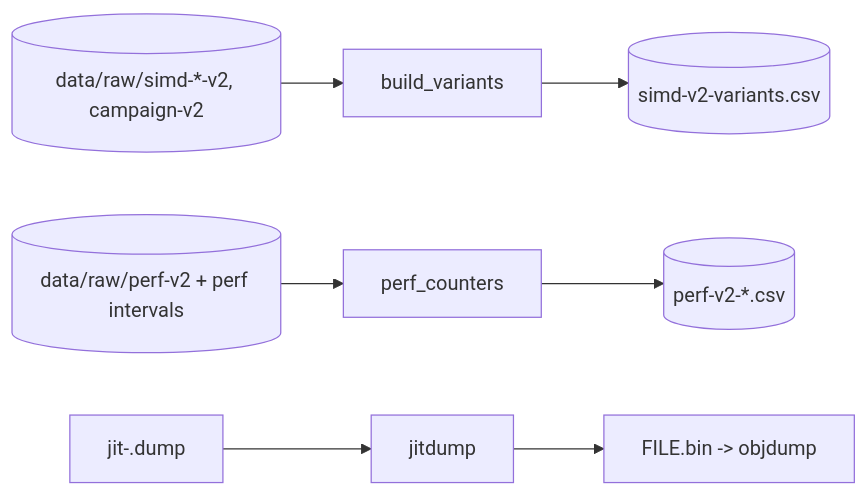
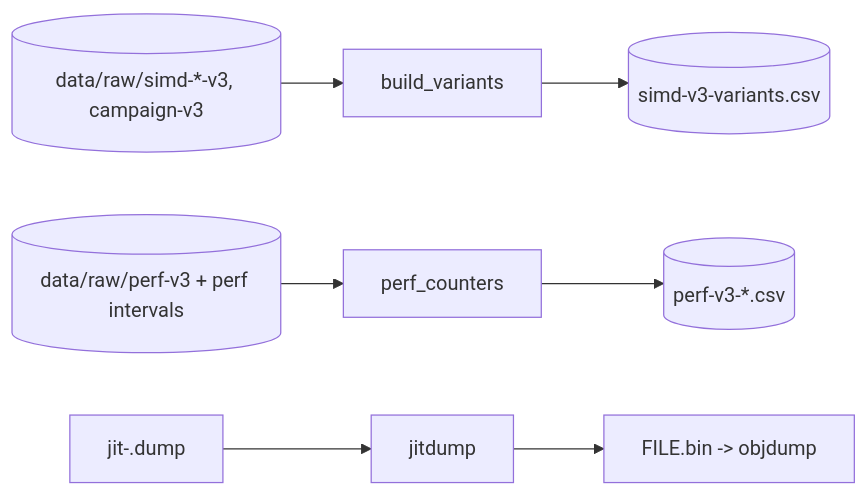
The diagram in analysis/extras/README.md (DavidCCoimbra/Scalability-of-Parallel-Code-in-WebAssembly-in-the-Browser-vs-Native), drawn with Mermaid before and after one commit. The commit also changed other lines of this file and 48431 other files, not shown here.

````diff
--- a/analysis/extras/README.md
+++ b/analysis/extras/README.md
@@ -20,6 +20,6 @@
 ```mermaid
 flowchart LR
-    simd[("data/raw/simd-*-v2, campaign-v2")] --> variants["build_variants"] --> t1[("simd-v2-variants.csv")]
-    perf[("data/raw/perf-v2 + perf intervals")] --> counters["perf_counters"] --> t2[("perf-v2-*.csv")]
+    simd[("data/raw/simd-*-v3, campaign-v3")] --> variants["build_variants"] --> t1[("simd-v3-variants.csv")]
+    perf[("data/raw/perf-v3 + perf intervals")] --> counters["perf_counters"] --> t2[("perf-v3-*.csv")]
     dump["jit-<pid>.dump"] --> jitdump["jitdump"] --> bin["FILE.bin -> objdump"]
 ```
````
